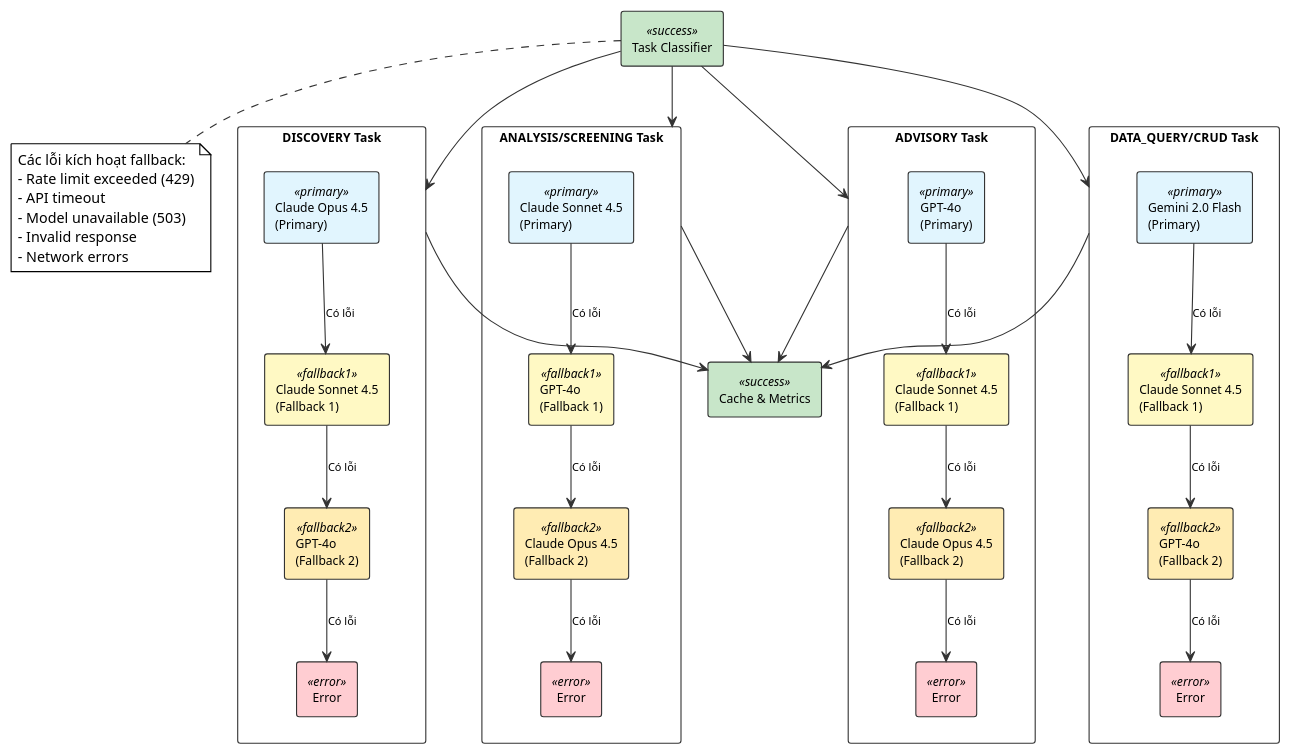
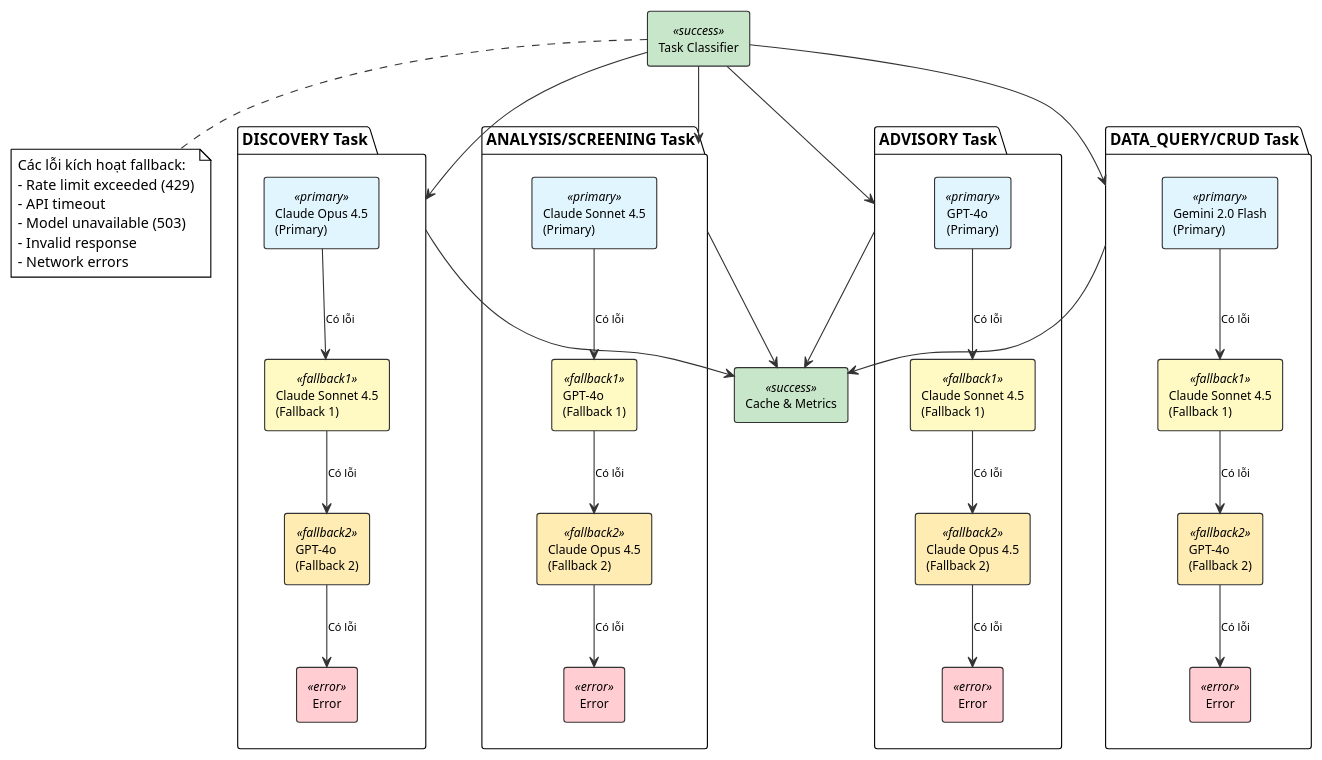
Before and after one commit to GiangNV-HUST/DATN: the diagram in diagrams/agent_diagrams/multi_model_fallback.puml, drawn with PlantUML. The commit also changed 22 other files, not shown here.

First line of the commit message:
fix: Fix PlantUML nested rectangle syntax errors

```diff
--- a/diagrams/agent_diagrams/multi_model_fallback.puml
+++ b/diagrams/agent_diagrams/multi_model_fallback.puml
@@ -2,93 +2,93 @@
 @startuml multi_model_fallback
 !theme plain
 skinparam backgroundColor #FFFFFF
 skinparam shadowing false
 skinparam defaultFontName "Times New Roman"
 
 skinparam rectangle {
     BackgroundColor<<primary>> #E1F5FE
     BackgroundColor<<fallback1>> #FFF9C4
     BackgroundColor<<fallback2>> #FFECB3
     BackgroundColor<<error>> #FFCDD2
     BackgroundColor<<success>> #C8E6C9
     BorderColor #333333
     FontSize 11
 }
 
 skinparam arrow {
     Color #333333
     FontSize 10
 }
 
 rectangle "Task Classifier" as classifier <<success>>
 
 ' DISCOVERY Task
-rectangle "DISCOVERY Task" as discovery_task {
+package "DISCOVERY Task" as discovery_task {
     rectangle "Claude Opus 4.5\n(Primary)" as opus_primary <<primary>>
     rectangle "Claude Sonnet 4.5\n(Fallback 1)" as sonnet_fb1 <<fallback1>>
     rectangle "GPT-4o\n(Fallback 2)" as gpt_fb1 <<fallback2>>
     rectangle "Error" as error1 <<error>>
 
     opus_primary -down-> sonnet_fb1 : "Có lỗi"
     sonnet_fb1 -down-> gpt_fb1 : "Có lỗi"
     gpt_fb1 -down-> error1 : "Có lỗi"
 }
 
 ' ANALYSIS/SCREENING Task
-rectangle "ANALYSIS/SCREENING Task" as analysis_task {
+package "ANALYSIS/SCREENING Task" as analysis_task {
     rectangle "Claude Sonnet 4.5\n(Primary)" as sonnet_primary <<primary>>
     rectangle "GPT-4o\n(Fallback 1)" as gpt_fb2 <<fallback1>>
     rectangle "Claude Opus 4.5\n(Fallback 2)" as opus_fb1 <<fallback2>>
     rectangle "Error" as error2 <<error>>
 
     sonnet_primary -down-> gpt_fb2 : "Có lỗi"
     gpt_fb2 -down-> opus_fb1 : "Có lỗi"
     opus_fb1 -down-> error2 : "Có lỗi"
 }
 
 ' ADVISORY Task
-rectangle "ADVISORY Task" as advisory_task {
+package "ADVISORY Task" as advisory_task {
     rectangle "GPT-4o\n(Primary)" as gpt_primary <<primary>>
     rectangle "Claude Sonnet 4.5\n(Fallback 1)" as sonnet_fb2 <<fallback1>>
     rectangle "Claude Opus 4.5\n(Fallback 2)" as opus_fb2 <<fallback2>>
     rectangle "Error" as error3 <<error>>
 
     gpt_primary -down-> sonnet_fb2 : "Có lỗi"
     sonnet_fb2 -down-> opus_fb2 : "Có lỗi"
     opus_fb2 -down-> error3 : "Có lỗi"
 }
 
 ' DATA_QUERY Task
-rectangle "DATA_QUERY/CRUD Task" as data_task {
+package "DATA_QUERY/CRUD Task" as data_task {
     rectangle "Gemini 2.0 Flash\n(Primary)" as gemini_primary <<primary>>
     rectangle "Claude Sonnet 4.5\n(Fallback 1)" as sonnet_fb3 <<fallback1>>
     rectangle "GPT-4o\n(Fallback 2)" as gpt_fb3 <<fallback2>>
     rectangle "Error" as error4 <<error>>
 
     gemini_primary -down-> sonnet_fb3 : "Có lỗi"
     sonnet_fb3 -down-> gpt_fb3 : "Có lỗi"
     gpt_fb3 -down-> error4 : "Có lỗi"
 }
 
 rectangle "Cache & Metrics" as cache <<success>>
 
 classifier --> discovery_task
 classifier --> analysis_task
 classifier --> advisory_task
 classifier --> data_task
 
 discovery_task --> cache
 analysis_task --> cache
 advisory_task --> cache
 data_task --> cache
 
 note bottom of classifier
   Các lỗi kích hoạt fallback:
   - Rate limit exceeded (429)
   - API timeout
   - Model unavailable (503)
   - Invalid response
   - Network errors
 end note
 
 @enduml
```
